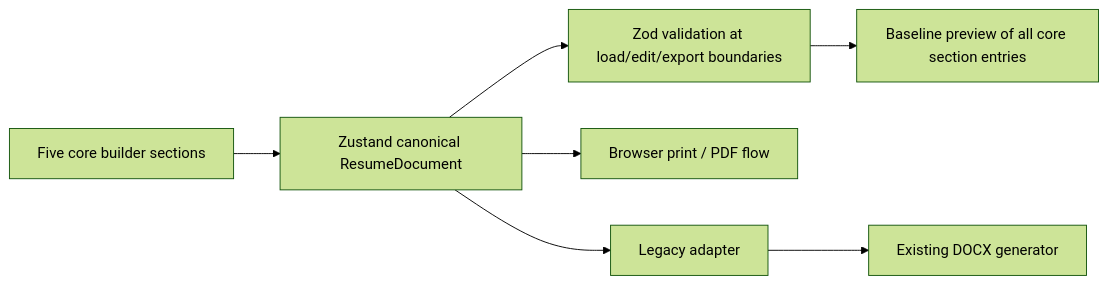
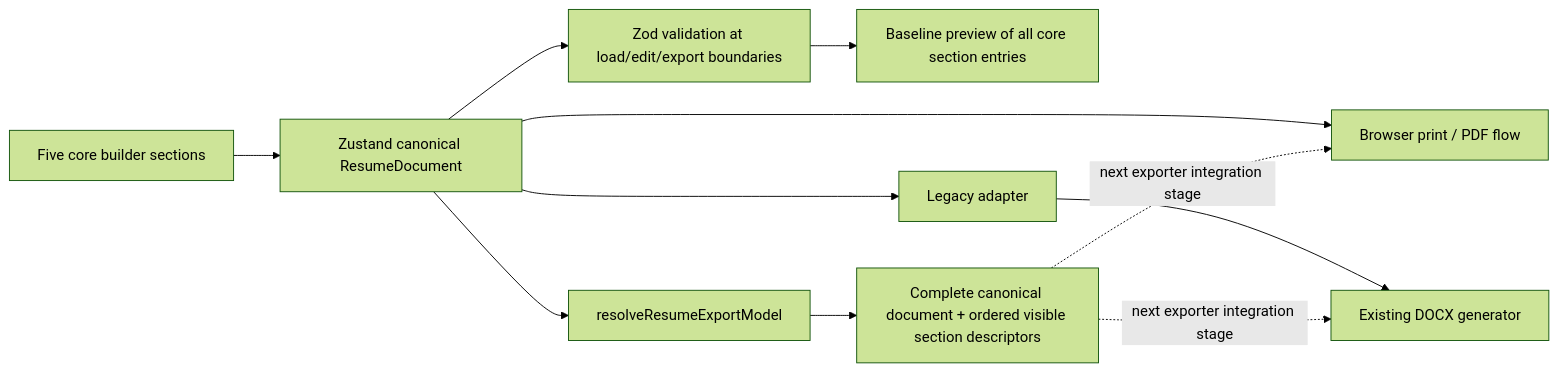
One commit to funkyvibespk/cvmaker changed the first of 2 diagrams in docs/ARCHITECTURE.md. Above: the diagram before and after it, drawn with Mermaid (forest theme). The commit also changed other lines of this file and 4 other files, not shown here.

````diff
--- a/docs/ARCHITECTURE.md
+++ b/docs/ARCHITECTURE.md
@@ -72,9 +72,13 @@
 ```mermaid
 flowchart LR
     A["Five core builder sections"] --> B["Zustand canonical ResumeDocument"]
     B --> C["Zod validation at load/edit/export boundaries"]
     C --> D["Baseline preview of all core section entries"]
     B --> E["Browser print / PDF flow"]
     B --> F["Legacy adapter"]
     F --> G["Existing DOCX generator"]
+    B --> H["resolveResumeExportModel"]
+    H --> I["Complete canonical document + ordered visible section descriptors"]
+    I -. "next exporter integration stage" .-> E
+    I -. "next exporter integration stage" .-> G
 ```
````
